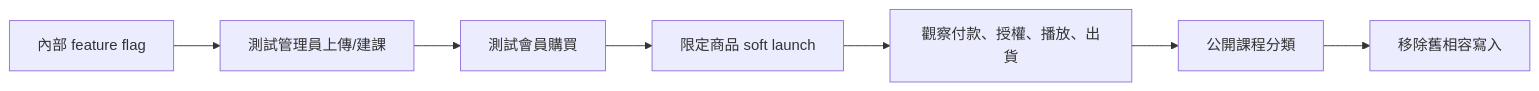
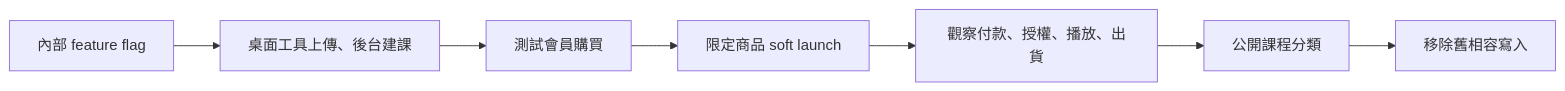
Before and after one commit to infixman/luma_studio: the third of 3 diagrams in docs/changes/plans/20260729-course-commerce-phase7-integration-hardening-launch/design.md, drawn with Mermaid. The commit also changed other lines of this file and 10 other files, not shown here.

````diff
--- a/docs/changes/plans/20260729-course-commerce-phase7-integration-hardening-launch/design.md
+++ b/docs/changes/plans/20260729-course-commerce-phase7-integration-hardening-launch/design.md
@@ -192,9 +195,9 @@
 ```mermaid
 flowchart LR
-    A["內部 feature flag"] --> B["測試管理員上傳/建課"]
+    A["內部 feature flag"] --> B["桌面工具上傳、後台建課"]
     B --> C["測試會員購買"]
     C --> D["限定商品 soft launch"]
     D --> E["觀察付款、授權、播放、出貨"]
     E --> F["公開課程分類"]
     F --> G["移除舊相容寫入"]
 ```
````
